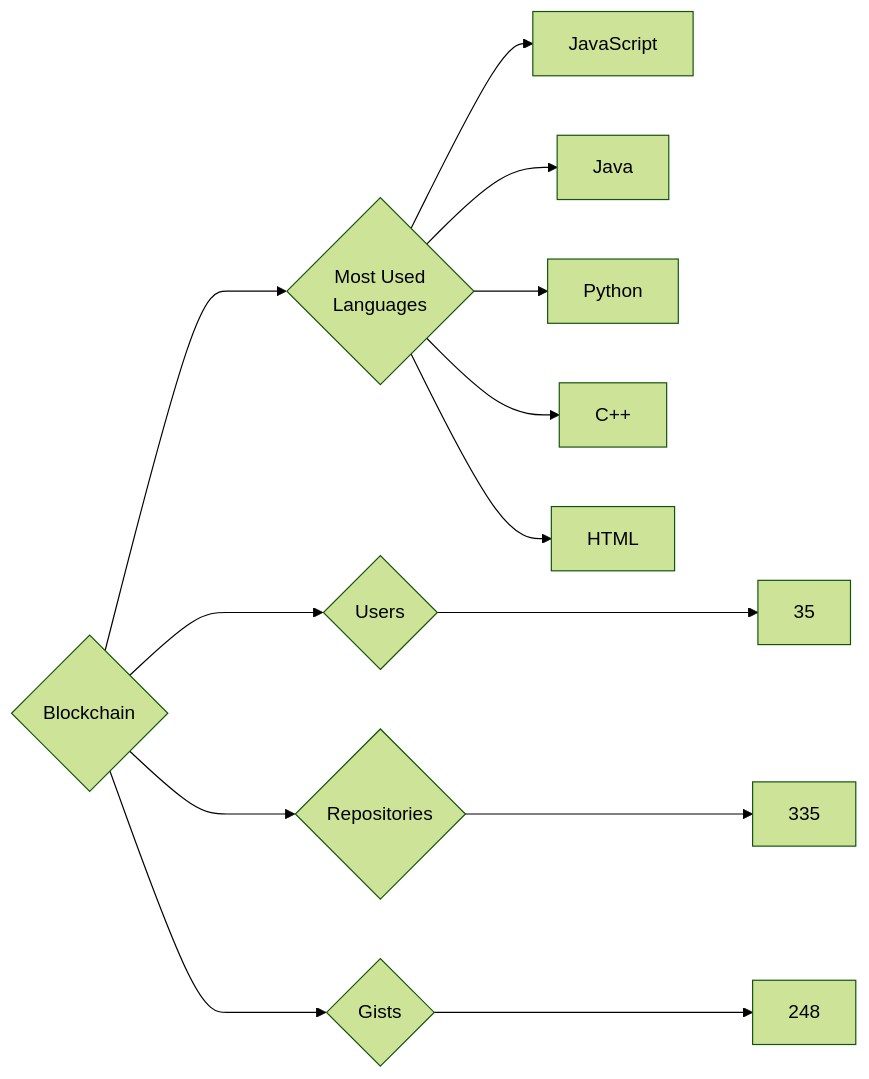
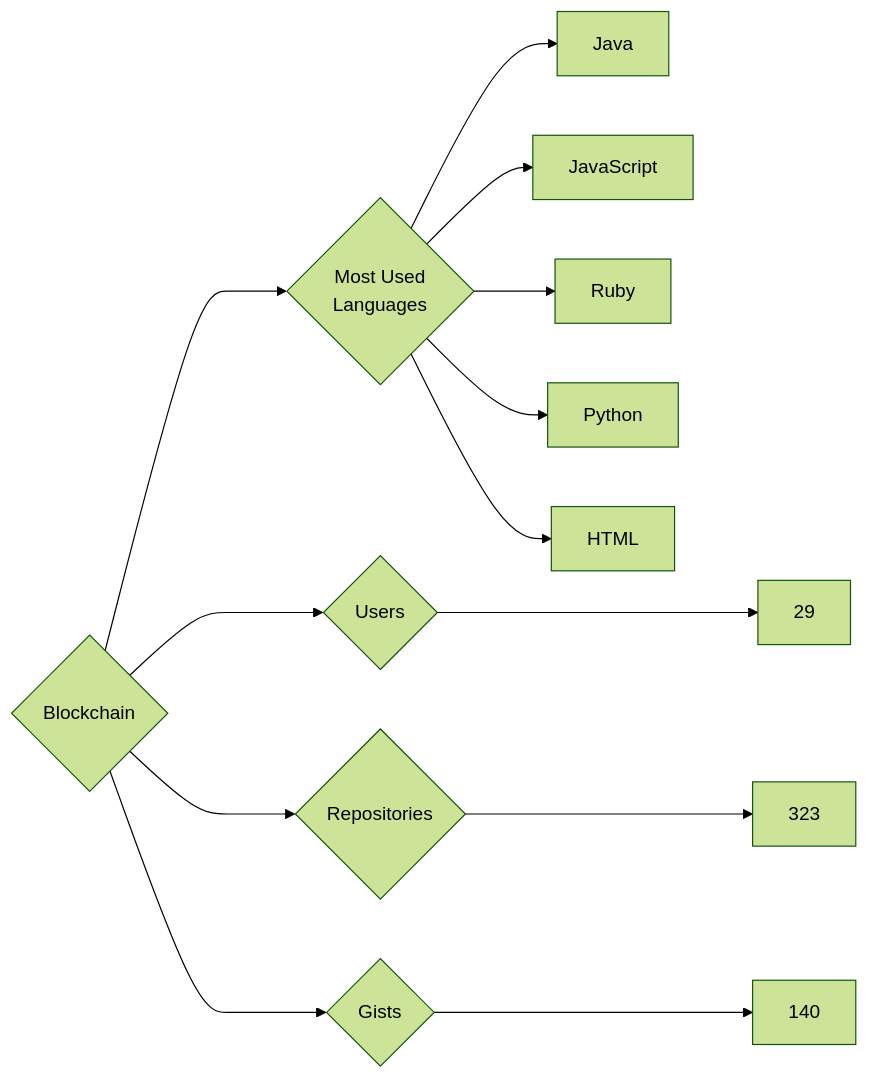
Before and after one commit to trickest/insiders: the diagram in targets/Blockchain/README.md, drawn with Mermaid (forest theme). The commit also changed 932 other files, not shown here.

````diff
--- a/targets/Blockchain/README.md
+++ b/targets/Blockchain/README.md
@@ -3,13 +3,13 @@
 ```mermaid
 graph LR
 COMPANY_NAME{Blockchain}
-COMPANY_NAME ---> U{Users} ---> UN[35]
-COMPANY_NAME ---> R{Repositories} ---> RN[335]
-COMPANY_NAME ---> G{Gists} ---> GN[248]
+COMPANY_NAME ---> U{Users} ---> UN[29]
+COMPANY_NAME ---> R{Repositories} ---> RN[323]
+COMPANY_NAME ---> G{Gists} ---> GN[140]
 COMPANY_NAME ---> ML{Most Used<br>Languages}
+ML --> Java[Java]
 ML --> JavaScript[JavaScript]
-ML --> Java[Java]
+ML --> Ruby[Ruby]
 ML --> Python[Python]
-ML --> C++[C++]
 ML --> HTML[HTML]
 ```
````
